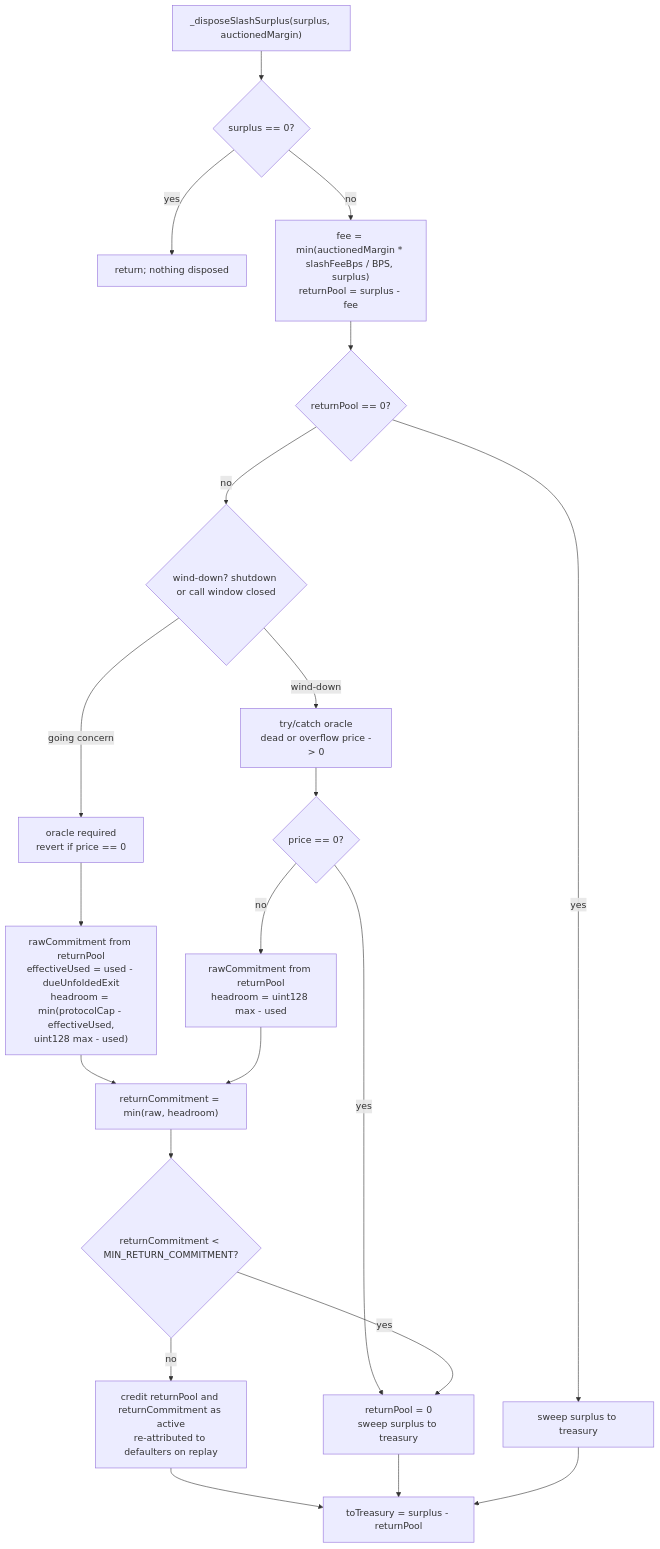
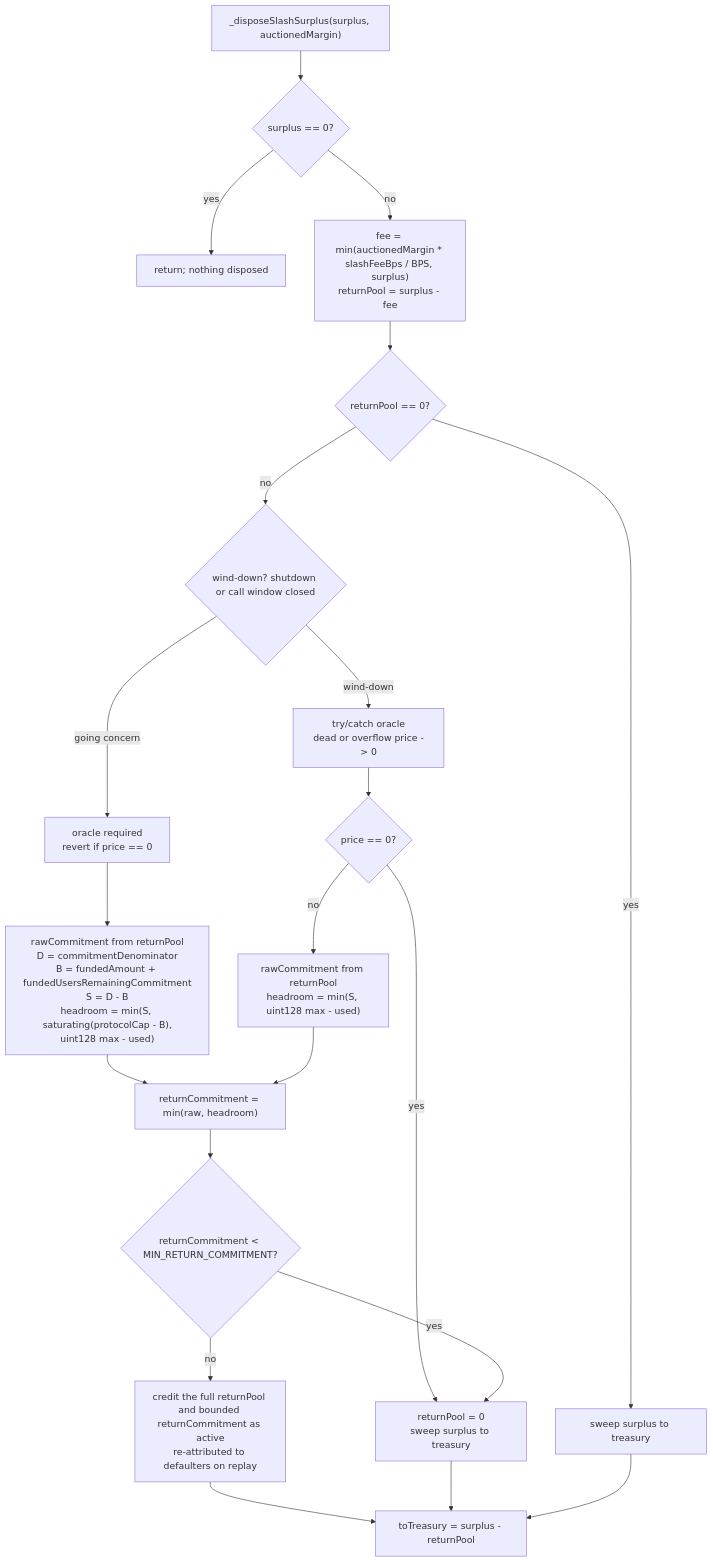
Before and after one commit to 3jane-protocol/moneymarket-contracts: the fifth of 7 diagrams in src/lcc/README.md, drawn with Mermaid. The commit also changed other lines of this file and 18 other files, not shown here.

````diff
--- a/src/lcc/README.md
+++ b/src/lcc/README.md
@@ -426,23 +426,23 @@
 ```mermaid
 flowchart TD
     A["_disposeSlashSurplus(surplus, auctionedMargin)"] --> B{"surplus == 0?"}
     B -->|yes| Z["return; nothing disposed"]
     B -->|no| C["fee = min(auctionedMargin * slashFeeBps / BPS, surplus)<br/>returnPool = surplus - fee"]
     C --> D{"returnPool == 0?"}
     D -->|yes| T["sweep surplus to treasury"]
     D -->|no| E{"wind-down? shutdown or call window closed"}
     E -->|going concern| F["oracle required<br/>revert if price == 0"]
     E -->|wind-down| G["try/catch oracle<br/>dead or overflow price -> 0"]
-    F --> H["rawCommitment from returnPool<br/>effectiveUsed = used - dueUnfoldedExit<br/>headroom = min(protocolCap - effectiveUsed,<br/>uint128 max - used)"]
+    F --> H["rawCommitment from returnPool<br/>D = commitmentDenominator<br/>B = fundedAmount + fundedUsersRemainingCommitment<br/>S = D - B<br/>headroom = min(S, saturating(protocolCap - B),<br/>uint128 max - used)"]
     G --> I{"price == 0?"}
     I -->|yes| J["returnPool = 0<br/>sweep surplus to treasury"]
-    I -->|no| K["rawCommitment from returnPool<br/>headroom = uint128 max - used"]
+    I -->|no| K["rawCommitment from returnPool<br/>headroom = min(S, uint128 max - used)"]
     H --> L["returnCommitment = min(raw, headroom)"]
     K --> L
     L --> M{"returnCommitment < MIN_RETURN_COMMITMENT?"}
     M -->|yes| J
-    M -->|no| N["credit returnPool and returnCommitment as active<br/>re-attributed to defaulters on replay"]
+    M -->|no| N["credit the full returnPool and bounded returnCommitment as active<br/>re-attributed to defaulters on replay"]
     N --> O["toTreasury = surplus - returnPool"]
     J --> O
     T --> O
 ```
````
